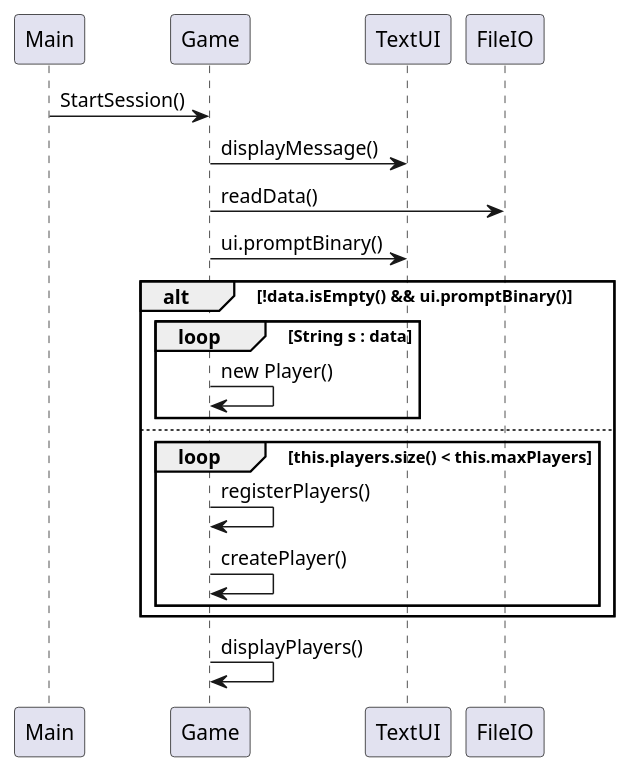
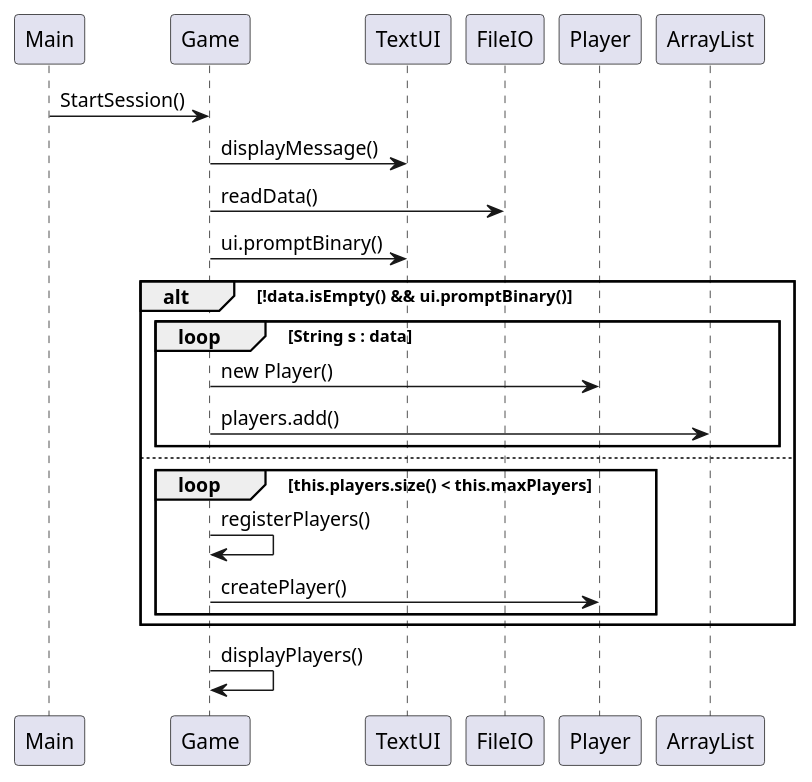
The diagram in doc/static/sequenceDiagram.puml (Dat1Cphbusiness/MonopolyE26), drawn with PlantUML before and after one commit.

Commit message:
Finished sequence diagram

```diff
--- a/doc/static/sequenceDiagram.puml
+++ b/doc/static/sequenceDiagram.puml
@@ -1,27 +1,28 @@
 @startuml
 Main -> Game : StartSession()
 Game -> TextUI : displayMessage()
 Game -> FileIO : readData()
 Game -> TextUI : ui.promptBinary()
 
 alt !data.isEmpty() && ui.promptBinary()
     loop String s : data
-        Game -> Game : new Player()
+        Game -> Player : new Player()
+        Game -> ArrayList : players.add()
     end
     else
 loop this.players.size() < this.maxPlayers
     Game -> Game : registerPlayers()
-    Game -> Game : createPlayer()
+    Game -> Player : createPlayer()
     end
 end
 
 Game -> Game : displayPlayers()
 
 'indsæt kald til displayMessage i TextUI X Done
 'indsæt kald til readPlayerData i FIleIO X Done
 'indsæt betingelse (alt) X Done
 'indsæt loop X Done
 'indsæt kald til createPlayer X done
 'indsæt kald til registerPlayer X Done
 'indsæt kald til displayPlayers X Done
 @enduml
```
